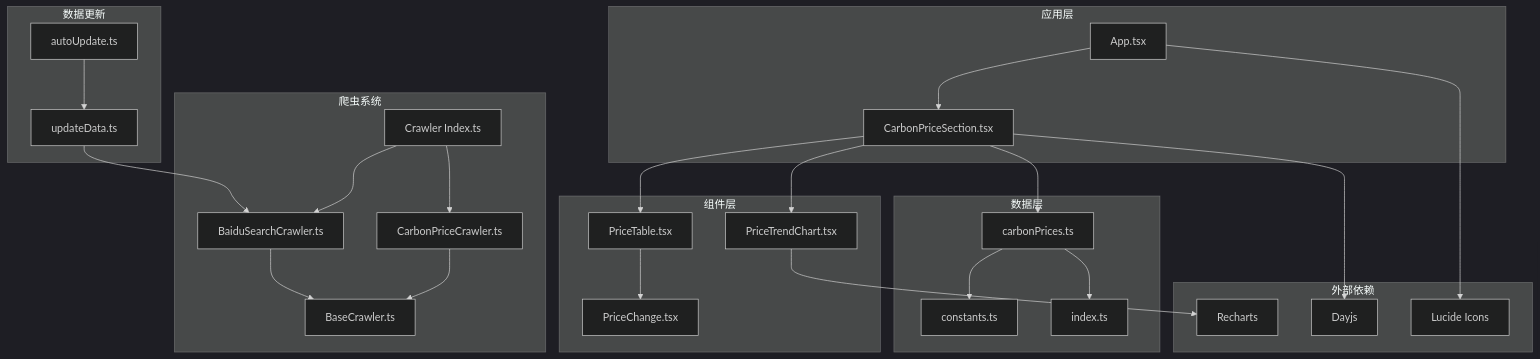
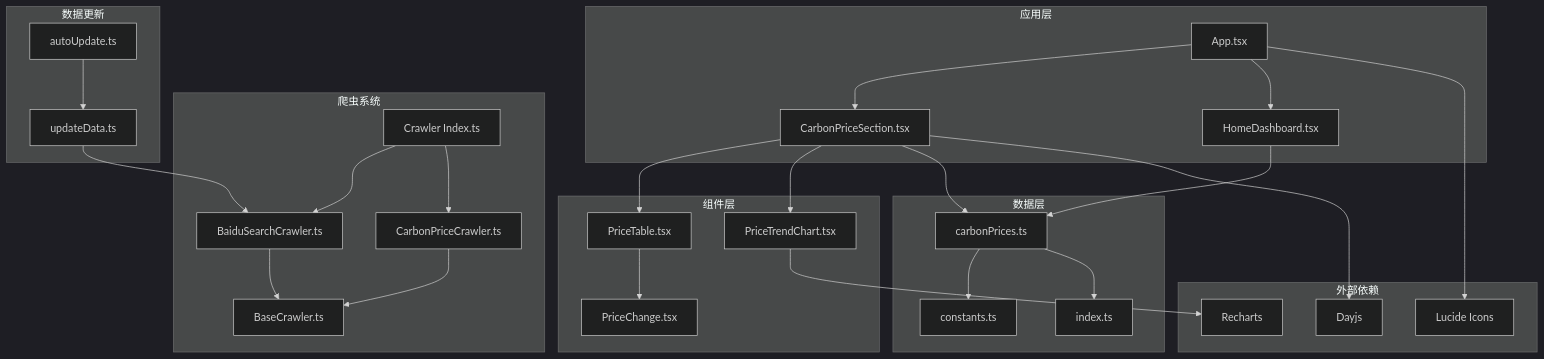
One commit to liangxuanliang-cmd/carbon-info-agent changed the first of 17 diagrams in .qoder/repowiki/zh/content/功能模块/碳价格监控模块.md. Above: the diagram before and after it, drawn with Mermaid (dark theme). The commit also changed other lines of this file and 8 other files, not shown here.

````diff
--- a/.qoder/repowiki/zh/content/功能模块/碳价格监控模块.md
+++ b/.qoder/repowiki/zh/content/功能模块/碳价格监控模块.md
@@ -47,48 +55,51 @@
 ```mermaid
 graph TB
 subgraph "应用层"
 App[App.tsx]
 CarbonPriceSection[CarbonPriceSection.tsx]
+HomeDashboard[HomeDashboard.tsx]
 end
 subgraph "数据层"
 carbonPrices[carbonPrices.ts]
 constants[constants.ts]
 types[index.ts]
 end
 subgraph "组件层"
 PriceTable[PriceTable.tsx]
 PriceTrendChart[PriceTrendChart.tsx]
 PriceChange[PriceChange.tsx]
 end
 subgraph "爬虫系统"
 BaiduSearchCrawler[BaiduSearchCrawler.ts]
 CarbonPriceCrawler[CarbonPriceCrawler.ts]
 BaseCrawler[BaseCrawler.ts]
 CrawlerIndex[Crawler Index.ts]
 end
 subgraph "数据更新"
 UpdateData[updateData.ts]
 AutoUpdate[autoUpdate.ts]
 end
 subgraph "外部依赖"
 Recharts[Recharts]
 Dayjs[Dayjs]
 Lucide[Lucide Icons]
 end
 App --> CarbonPriceSection
+App --> HomeDashboard
 CarbonPriceSection --> PriceTable
 CarbonPriceSection --> PriceTrendChart
+HomeDashboard --> carbonPrices
 PriceTable --> PriceChange
 CarbonPriceSection --> carbonPrices
 carbonPrices --> constants
 carbonPrices --> types
 PriceTrendChart --> Recharts
 CarbonPriceSection --> Dayjs
 App --> Lucide
 CrawlerIndex --> BaiduSearchCrawler
 CrawlerIndex --> CarbonPriceCrawler
 BaiduSearchCrawler --> BaseCrawler
 CarbonPriceCrawler --> BaseCrawler
 UpdateData --> BaiduSearchCrawler
 AutoUpdate --> UpdateData
 ```
````
